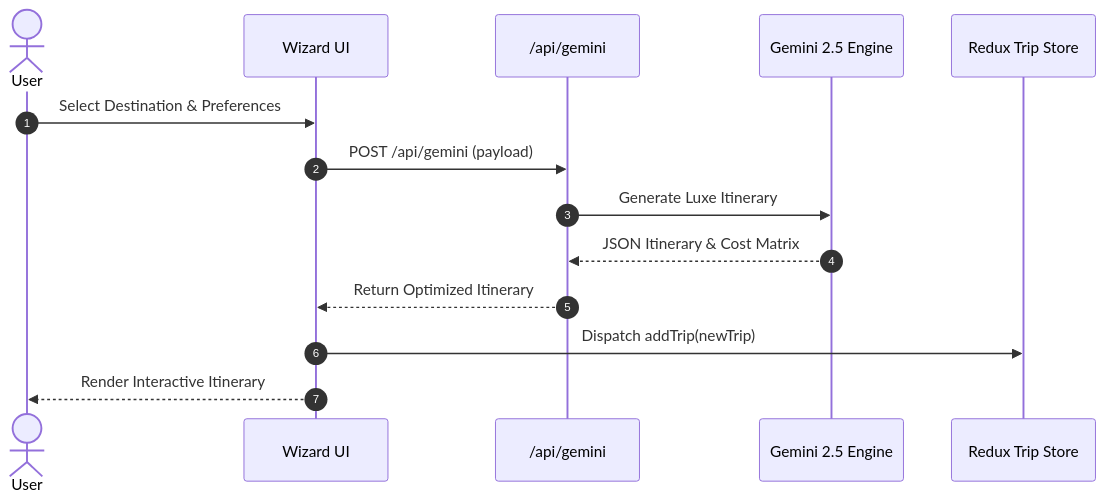
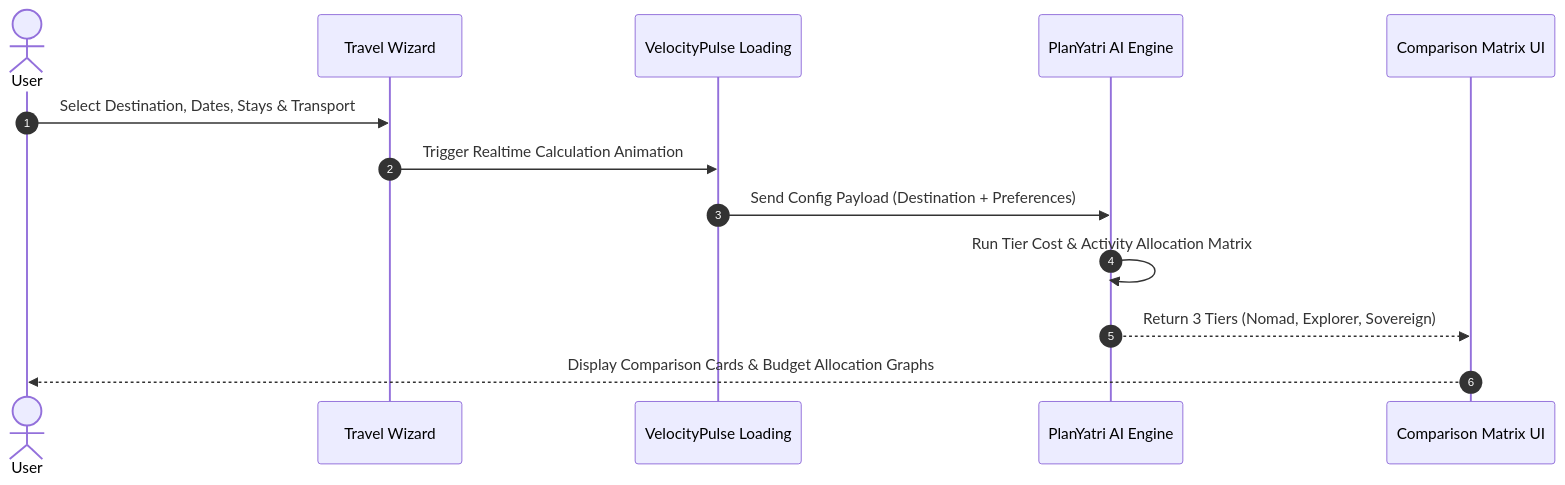
One commit to Priyankkhatri/PlanYatri changed the second of 3 diagrams in frontend/docs/PLANYATRI_ARCHITECTURE_FEATURES.md. Above: the diagram before and after it, drawn with Mermaid. The commit also changed other lines of this file, not shown here.

Commit message:
docs(architecture): expand documentation with PlanYatri travel wizard, multi-tier comparison matrix, and velocity telemetry

````diff
--- a/frontend/docs/PLANYATRI_ARCHITECTURE_FEATURES.md
+++ b/frontend/docs/PLANYATRI_ARCHITECTURE_FEATURES.md
@@ -52,17 +63,16 @@
 ```mermaid
 sequenceDiagram
     autonumber
     actor User
-    participant Wizard as Wizard UI
-    participant API as /api/gemini
-    participant AI as Gemini 2.5 Engine
-    participant Store as Redux Trip Store
+    participant Wizard as Travel Wizard
+    participant Telemetry as VelocityPulse Loading
+    participant Engine as PlanYatri AI Engine
+    participant Matrix as Comparison Matrix UI
 
-    User->>Wizard: Select Destination & Preferences
-    Wizard->>API: POST /api/gemini (payload)
-    API->>AI: Generate Luxe Itinerary
-    AI-->>API: JSON Itinerary & Cost Matrix
-    API-->>Wizard: Return Optimized Itinerary
-    Wizard->>Store: Dispatch addTrip(newTrip)
-    Wizard-->>User: Render Interactive Itinerary
+    User->>Wizard: Select Destination, Dates, Stays & Transport
+    Wizard->>Telemetry: Trigger Realtime Calculation Animation
+    Telemetry->>Engine: Send Config Payload (Destination + Preferences)
+    Engine->>Engine: Run Tier Cost & Activity Allocation Matrix
+    Engine-->>Matrix: Return 3 Tiers (Nomad, Explorer, Sovereign)
+    Matrix-->>User: Display Comparison Cards & Budget Allocation Graphs
 ```
````
